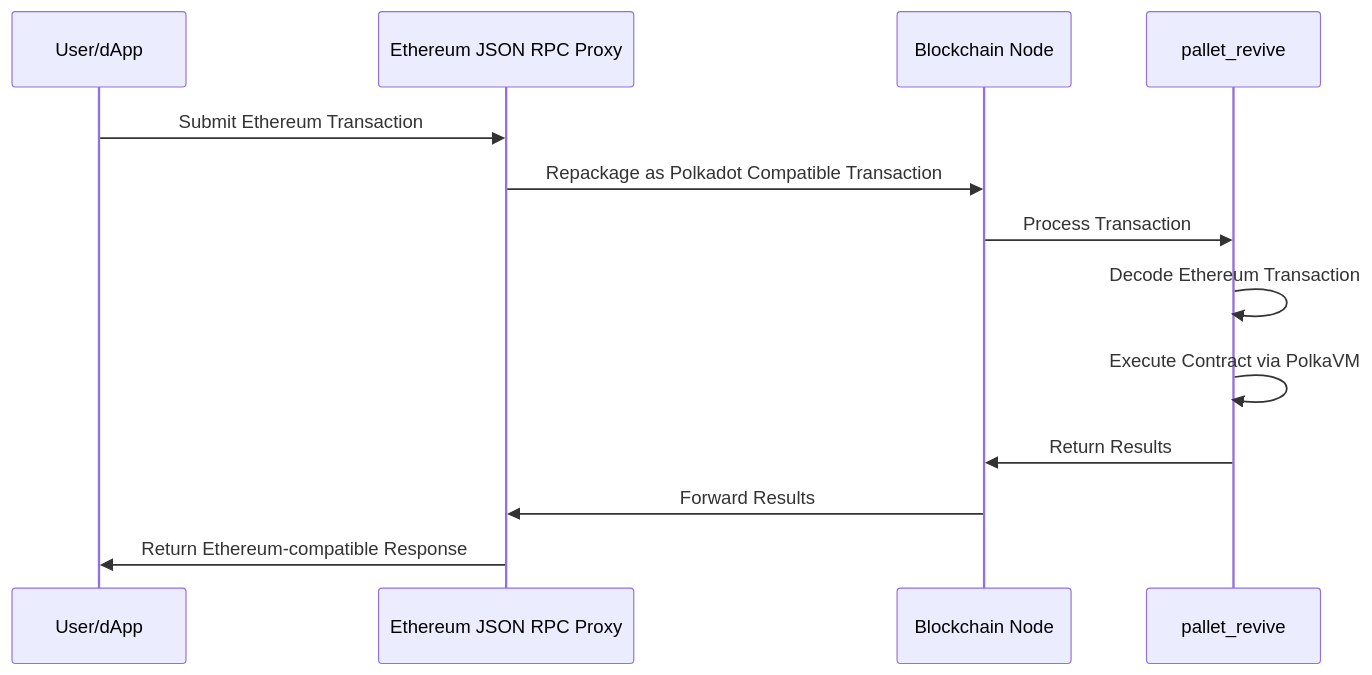
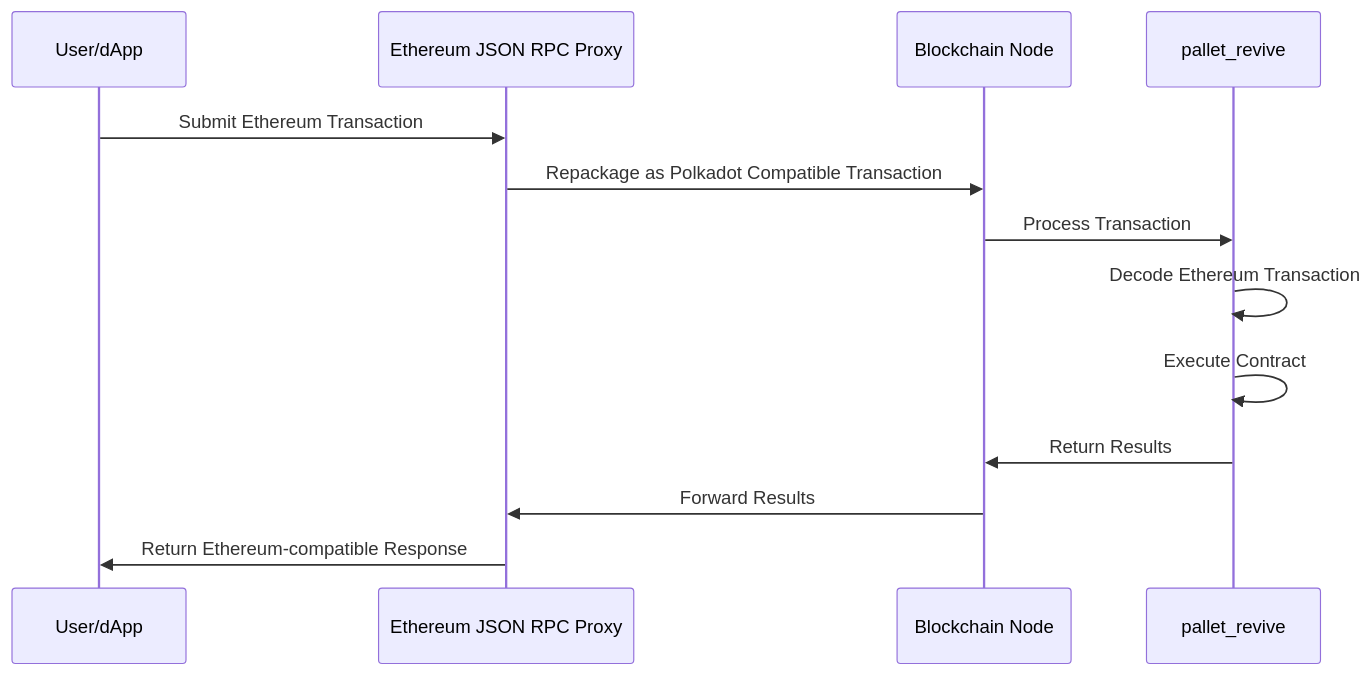
One commit to polkadot-developers/polkadot-docs changed the diagram in .ai/pages/smart-contracts-for-eth-devs-dual-vm-stack.md. Above: the diagram before and after it, drawn with Mermaid. The commit also changed other lines of this file and 49 other files, not shown here.

````diff
--- a/.ai/pages/smart-contracts-for-eth-devs-dual-vm-stack.md
+++ b/.ai/pages/smart-contracts-for-eth-devs-dual-vm-stack.md
@@ -49,16 +38,16 @@
 ```mermaid
 sequenceDiagram
     participant User as User/dApp
     participant Proxy as Ethereum JSON RPC Proxy
     participant Chain as Blockchain Node
     participant Pallet as pallet_revive
-    
+
     User->>Proxy: Submit Ethereum Transaction
     Proxy->>Chain: Repackage as Polkadot Compatible Transaction
     Chain->>Pallet: Process Transaction
     Pallet->>Pallet: Decode Ethereum Transaction
-    Pallet->>Pallet: Execute Contract via PolkaVM
+    Pallet->>Pallet: Execute Contract
     Pallet->>Chain: Return Results
     Chain->>Proxy: Forward Results
     Proxy->>User: Return Ethereum-compatible Response
 ```
````
